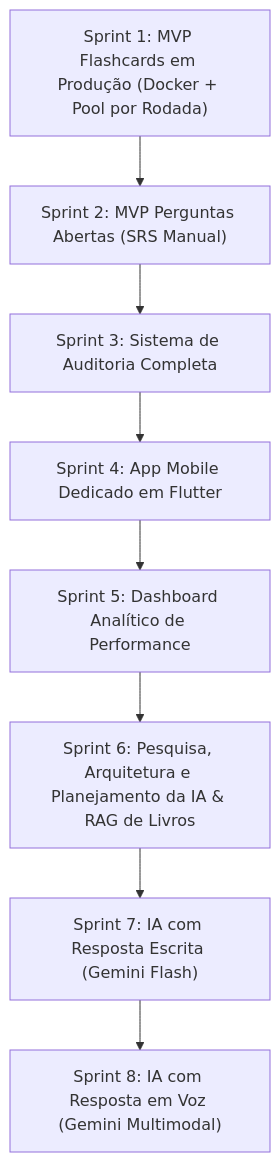
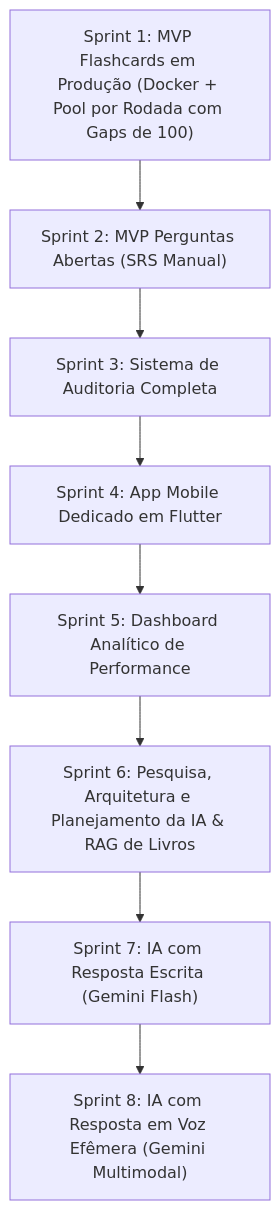
Before and after one commit to gabrielffreitas94-commits/study_reviewer: the fourth of 4 diagrams in PRD.md, drawn with Mermaid. The commit also changed other lines of this file, not shown here.

````diff
--- a/PRD.md
+++ b/PRD.md
@@ -181,10 +224,10 @@
 ```mermaid
 flowchart TD
-    S1["Sprint 1: MVP Flashcards em Produção (Docker + Pool por Rodada)"] --> S2["Sprint 2: MVP Perguntas Abertas (SRS Manual)"]
+    S1["Sprint 1: MVP Flashcards em Produção (Docker + Pool por Rodada com Gaps de 100)"] --> S2["Sprint 2: MVP Perguntas Abertas (SRS Manual)"]
     S2 --> S3["Sprint 3: Sistema de Auditoria Completa"]
     S3 --> S4["Sprint 4: App Mobile Dedicado em Flutter"]
     S4 --> S5["Sprint 5: Dashboard Analítico de Performance"]
     S5 --> S6["Sprint 6: Pesquisa, Arquitetura e Planejamento da IA & RAG de Livros"]
     S6 --> S7["Sprint 7: IA com Resposta Escrita (Gemini Flash)"]
-    S7 --> S8["Sprint 8: IA com Resposta em Voz (Gemini Multimodal)"]
+    S7 --> S8["Sprint 8: IA com Resposta em Voz Efêmera (Gemini Multimodal)"]
 ```
````
